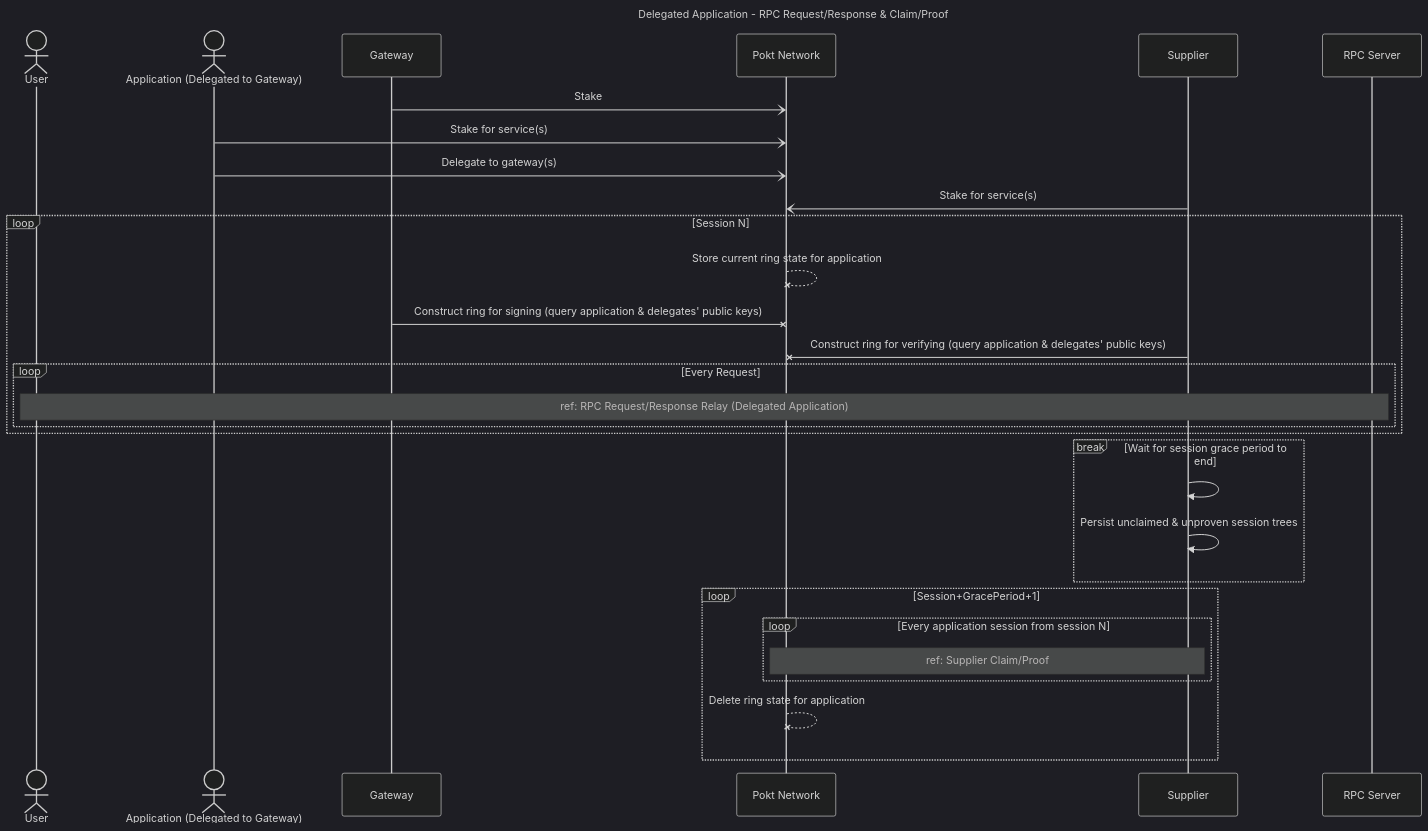
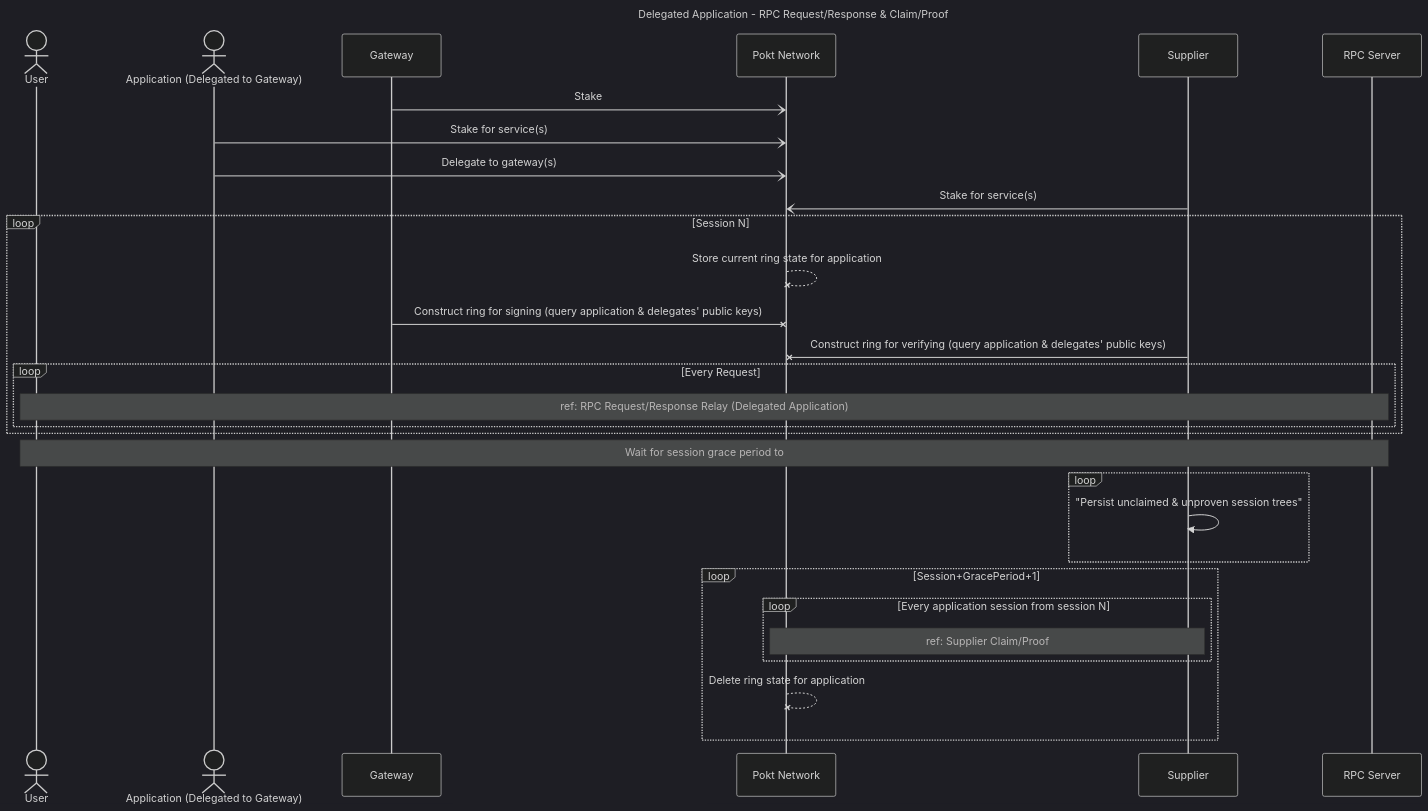
The second of 3 diagrams in docusaurus/docs/protocol/primitives/relay_mining.md (pokt-network/poktroll), drawn with Mermaid (dark theme) before and after one commit. The commit also changed other lines of this file and 38 other files, not shown here.

````diff
--- a/docusaurus/docs/protocol/primitives/relay_mining.md
+++ b/docusaurus/docs/protocol/primitives/relay_mining.md
@@ -89,54 +90,41 @@
 ```mermaid
 ---
 title: Delegated Application - RPC Request/Response & Claim/Proof
 ---
 sequenceDiagram
-
     actor user as User
     actor app as Application (Delegated to Gateway)
     participant gw as Gateway
     participant pokt as Pokt Network
     participant sup as Supplier
     participant rpc as RPC Server
-
 
 %% par Staking & Delegation
     gw-)pokt: Stake
     app-)pokt: Stake for service(s)
     app-)pokt: Delegate to gateway(s)
     sup-)pokt: Stake for service(s)
 %% end
 
     loop Session N
-
         pokt--xpokt: Store current ring state for application
-
         gw-xpokt: Construct ring for signing (query application & delegates' public keys)
         sup-xpokt: Construct ring for verifying (query application & delegates' public keys)
-
         loop Every Request
-
             Note over user,rpc: ref: RPC Request/Response Relay (Delegated Application)
-
         end
-
     end
 
-break Wait for session grace period to end
-sup->>sup: 
-    sup->>sup: Persist unclaimed & unproven session trees
-end
+    note over user,rpc: Wait for session grace period to
 
-loop Session+GracePeriod+1
+    loop
+        sup->>sup: "Persist unclaimed & unproven session trees"
+    end
 
-loop Every application session from session N
-
-Note over pokt,sup: ref: Supplier Claim/Proof
-
-end
-
-pokt--xpokt: Delete ring state for application
-
-end
-
+    loop Session+GracePeriod+1
+        loop Every application session from session N
+            Note over pokt,sup: ref: Supplier Claim/Proof
+        end
+        pokt--xpokt: Delete ring state for application
+    end
 ```
````
